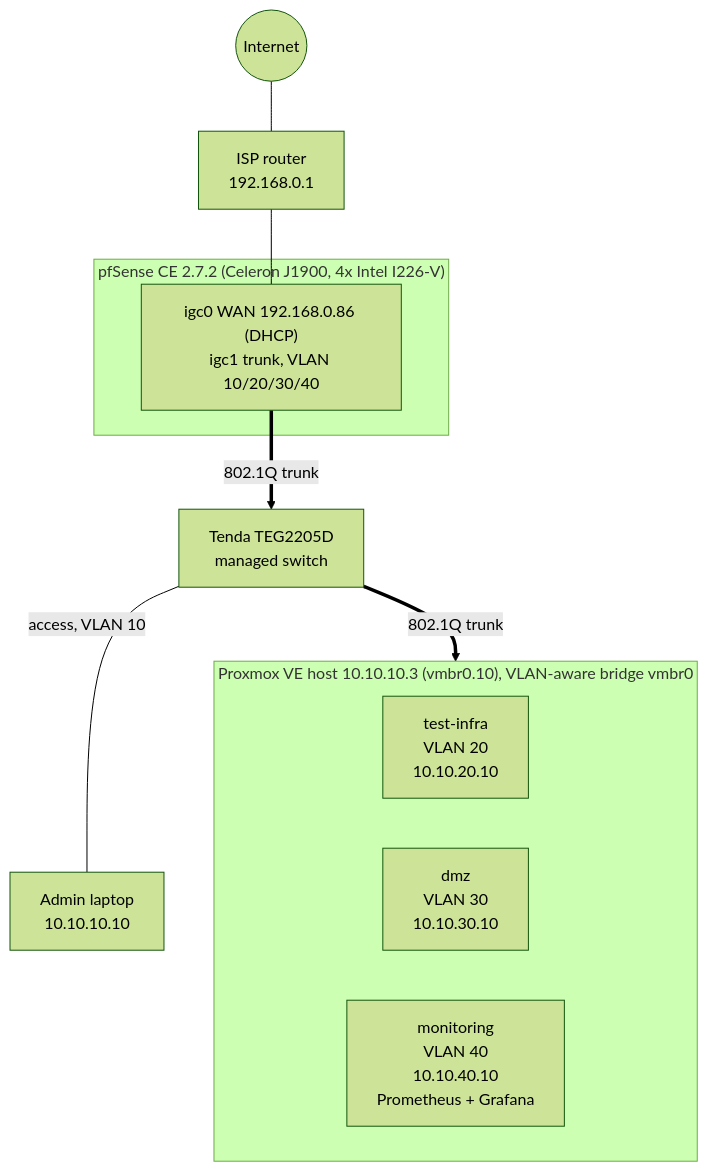
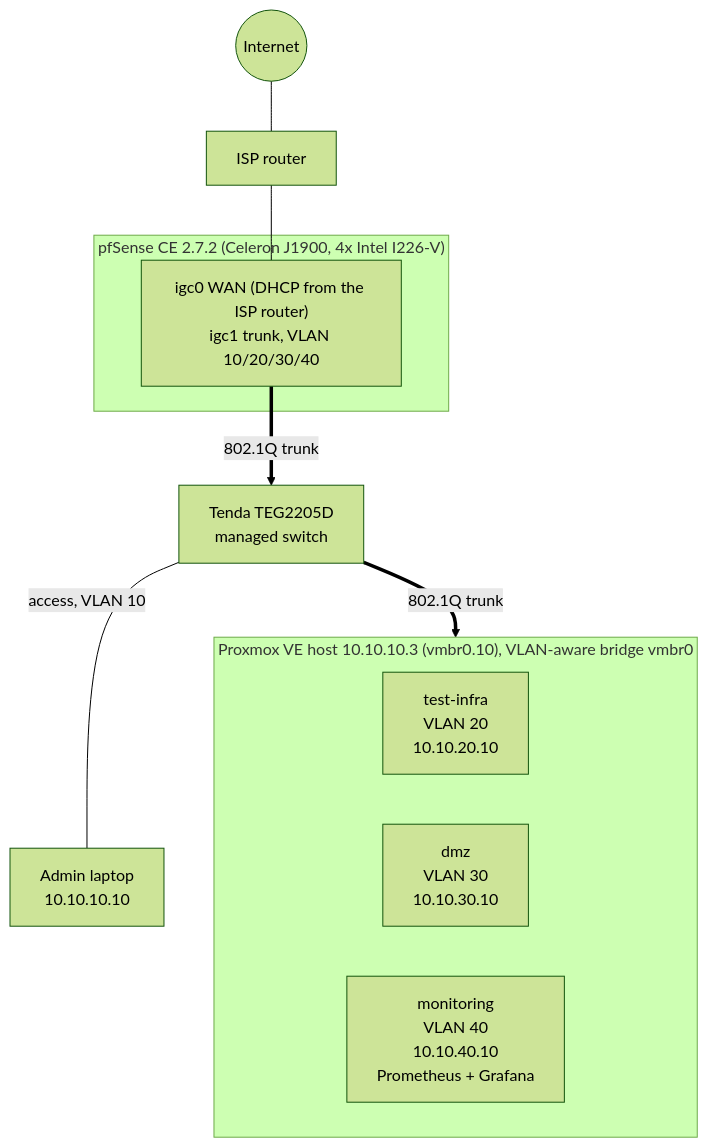
One commit to janeke91/enterpise-network-build changed the diagram in README.md. Above: the diagram before and after it, drawn with Mermaid (forest theme). The commit also changed other lines of this file and 2 other files, not shown here.

Commit message:
Remove ISP-side addresses, update access matrix and roadmap

````diff
--- a/README.md
+++ b/README.md
@@ -14,20 +14,20 @@
 ```mermaid
 flowchart TB
-    Internet((Internet)) --- ISP["ISP router<br/>192.168.0.1"]
+    Internet((Internet)) --- ISP["ISP router"]
     ISP --- FW
 
     subgraph FWBOX["pfSense CE 2.7.2 (Celeron J1900, 4x Intel I226-V)"]
-        FW["igc0 WAN 192.168.0.86 (DHCP)<br/>igc1 trunk, VLAN 10/20/30/40"]
+        FW["igc0 WAN (DHCP from the ISP router)<br/>igc1 trunk, VLAN 10/20/30/40"]
     end
 
     FW ==>|"802.1Q trunk"| SW["Tenda TEG2205D<br/>managed switch"]
 
     SW ==>|"802.1Q trunk"| PVE
     SW ---|"access, VLAN 10"| LAP["Admin laptop<br/>10.10.10.10"]
 
     subgraph PVE["Proxmox VE host 10.10.10.3 (vmbr0.10), VLAN-aware bridge vmbr0"]
         V1["test-infra<br/>VLAN 20<br/>10.10.20.10"]
         V2["dmz<br/>VLAN 30<br/>10.10.30.10"]
         V3["monitoring<br/>VLAN 40<br/>10.10.40.10<br/>Prometheus + Grafana"]
     end
 ```
````
